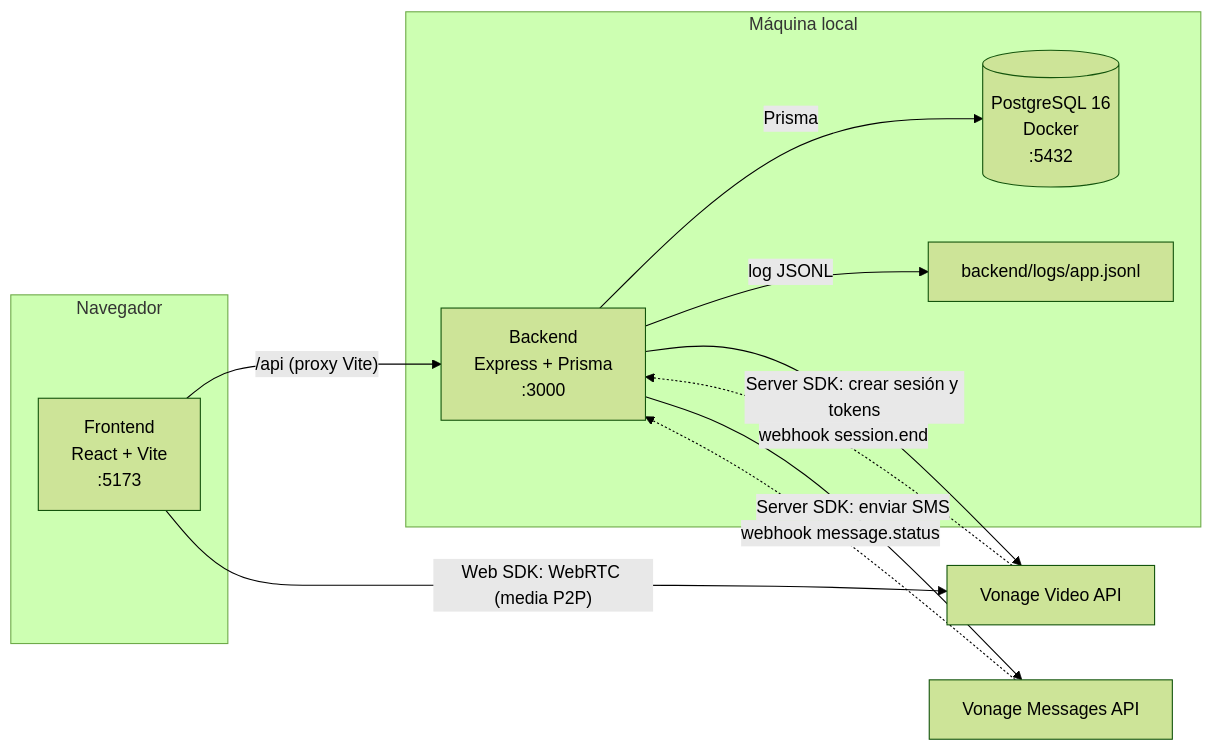
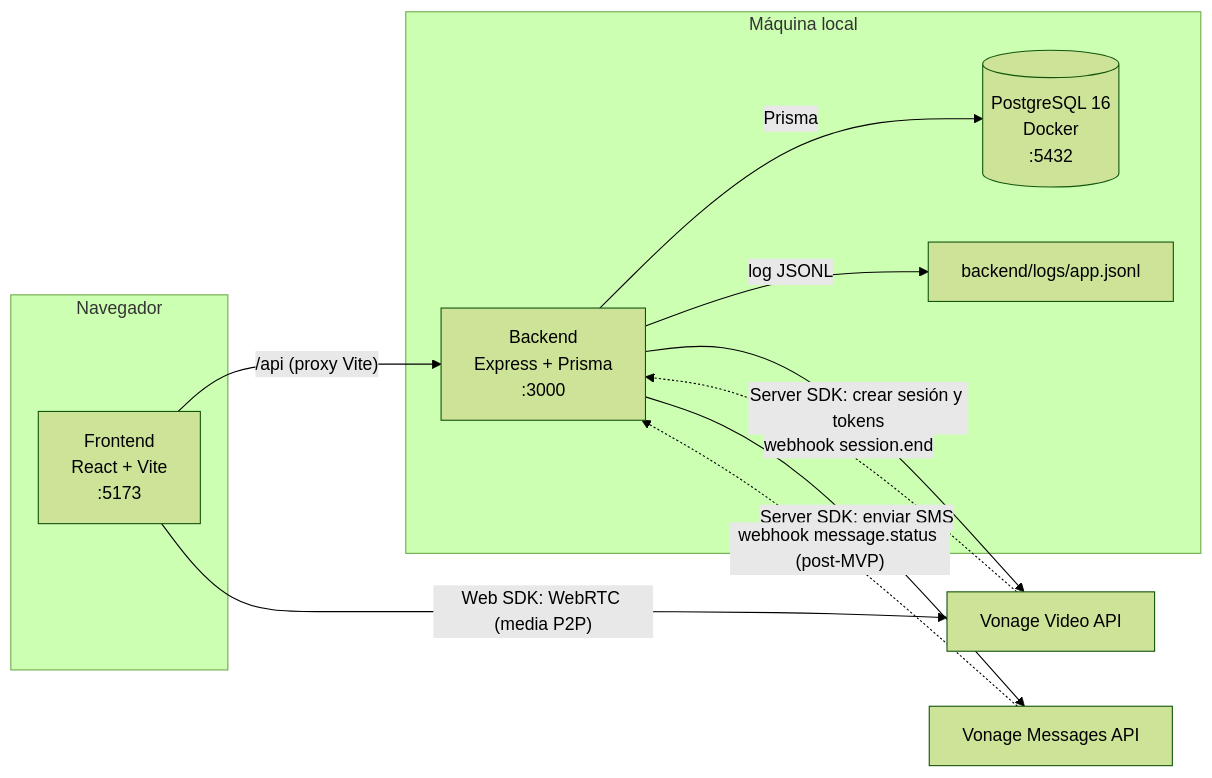
Before and after one commit to femCodersClub-vonage-program/homefix-connect: the first of 2 diagrams in docs/ARCHITECTURE.md, drawn with Mermaid (forest theme). The commit also changed other lines of this file, not shown here.

Commit message:
docs(architecture): align token response and mark delivery flow as post-MVP

````diff
--- a/docs/ARCHITECTURE.md
+++ b/docs/ARCHITECTURE.md
@@ -29,24 +29,24 @@
 ```mermaid
 flowchart LR
   subgraph Navegador
     FE["Frontend<br/>React + Vite<br/>:5173"]
   end
 
   subgraph Local["Máquina local"]
     BE["Backend<br/>Express + Prisma<br/>:3000"]
     DB[("PostgreSQL 16<br/>Docker<br/>:5432")]
     LOG["backend/logs/app.jsonl"]
   end
 
   VV["Vonage Video API"]
   VM["Vonage Messages API"]
 
   FE -- "/api (proxy Vite)" --> BE
   BE -- "Prisma" --> DB
   BE -- "log JSONL" --> LOG
   BE -- "Server SDK: crear sesión y tokens" --> VV
   BE -- "Server SDK: enviar SMS" --> VM
   FE -- "Web SDK: WebRTC (media P2P)" --> VV
   VV -. "webhook session.end" .-> BE
-  VM -. "webhook message.status" .-> BE
+  VM -. "webhook message.status (post-MVP)" .-> BE
 ```
````
